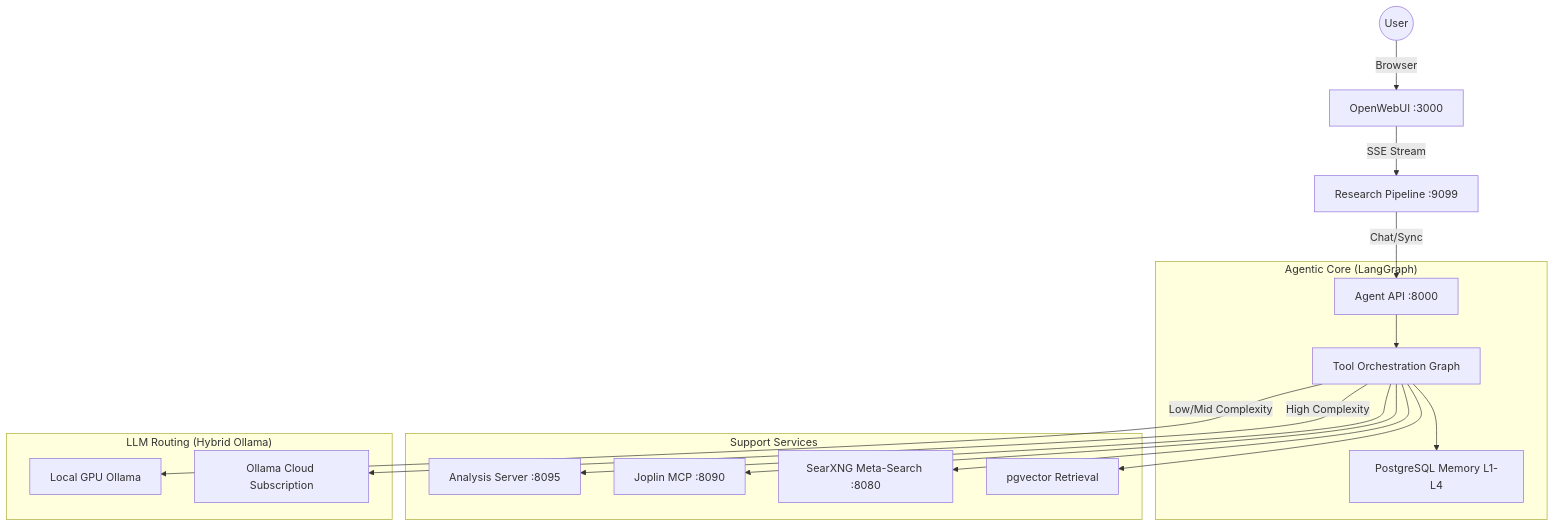
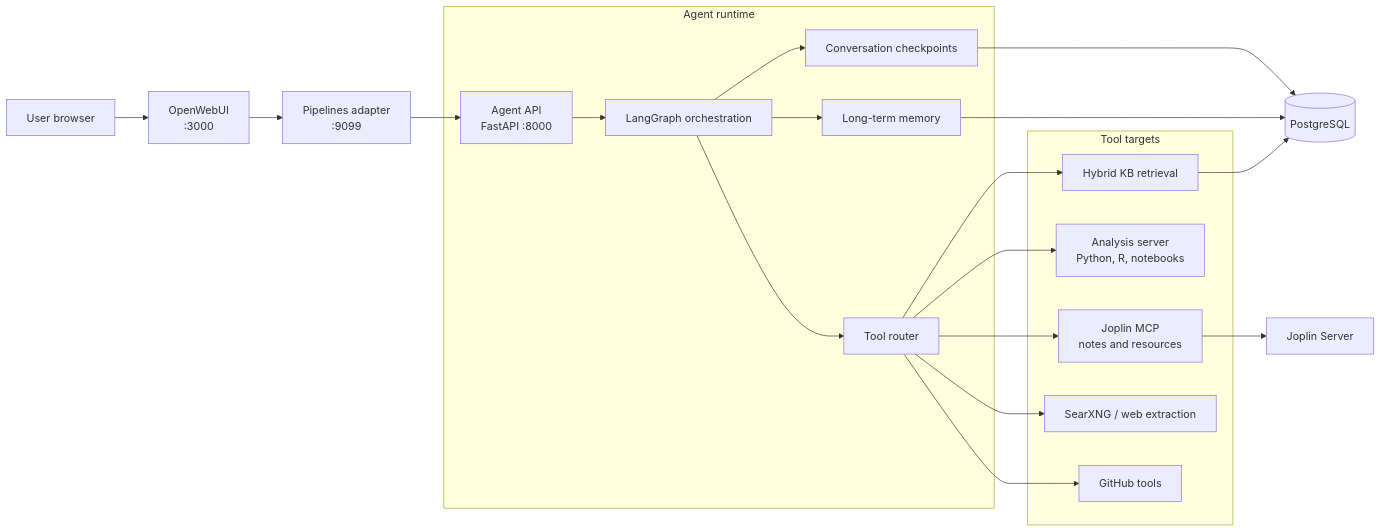
The first of 8 diagrams in docs/ARCHITECTURE_VISUALS.md (Ch3w3y/parsnip-ai), drawn with Mermaid before and after one commit. The commit also changed other lines of this file and 15 other files, not shown here.

````diff
--- a/docs/ARCHITECTURE_VISUALS.md
+++ b/docs/ARCHITECTURE_VISUALS.md
@@ -6,23 +9,26 @@
 ```mermaid
-graph TD
-    User((User)) -->|Browser| OWUI[OpenWebUI :3000]
-    OWUI -->|SSE Stream| Pipe[Research Pipeline :9099]
-    Pipe -->|Chat/Sync| Agent[Agent API :8000]
-    
-    subgraph "Agentic Core (LangGraph)"
-        Agent --> Graph[Tool Orchestration Graph]
-        Graph --> Memory[PostgreSQL Memory L1-L4]
+flowchart LR
+    User[User browser] --> OWUI[OpenWebUI<br/>:3000]
+    OWUI --> Pipe[Pipelines adapter<br/>:9099]
+    Pipe --> Agent[Agent API<br/>FastAPI :8000]
+
+    subgraph AgentCore[Agent runtime]
+        Agent --> Graph[LangGraph orchestration]
+        Graph --> Tools[Tool router]
+        Graph --> Checkpoints[Conversation checkpoints]
+        Graph --> Memory[Long-term memory]
     end
 
-    subgraph "Support Services"
-        Graph --> Analysis[Analysis Server :8095]
-        Graph --> Joplin[Joplin MCP :8090]
-        Graph --> Search[SearXNG Meta-Search :8080]
-        Graph --> Vector[pgvector Retrieval]
+    subgraph Tooling[Tool targets]
+        Tools --> KB[Hybrid KB retrieval]
+        Tools --> Analysis[Analysis server<br/>Python, R, notebooks]
+        Tools --> Joplin[Joplin MCP<br/>notes and resources]
+        Tools --> Search[SearXNG / web extraction]
+        Tools --> GitHub[GitHub tools]
     end
 
-    subgraph "LLM Routing (Hybrid Ollama)"
-        Graph -->|Low/Mid Complexity| LocalOllama[Local GPU Ollama]
-        Graph -->|High Complexity| CloudOllama[Ollama Cloud Subscription]
-    end
+    Checkpoints --> PG[(PostgreSQL)]
+    Memory --> PG
+    KB --> PG
+    Joplin --> JoplinServer[Joplin Server]
 ```
````
